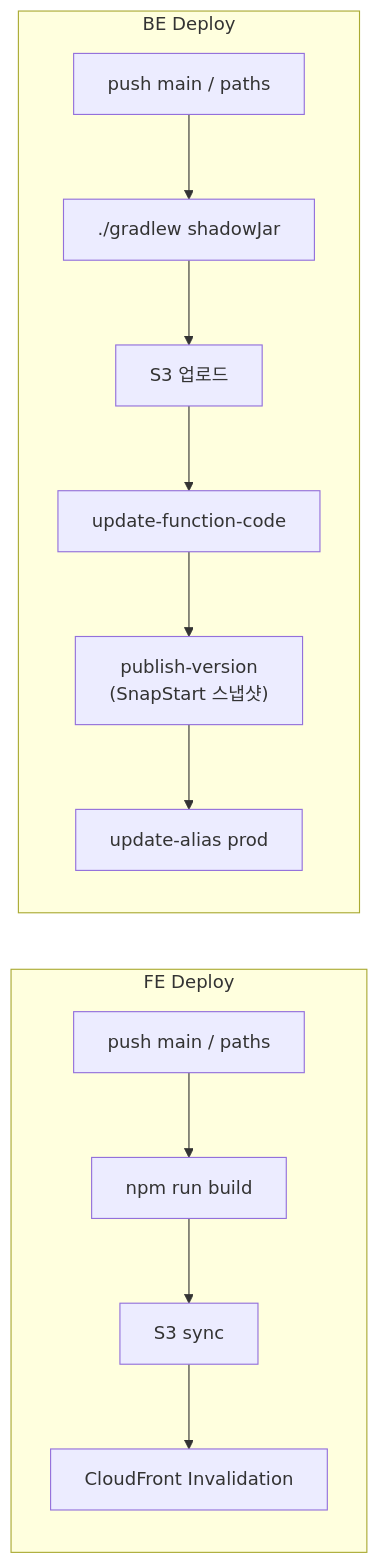
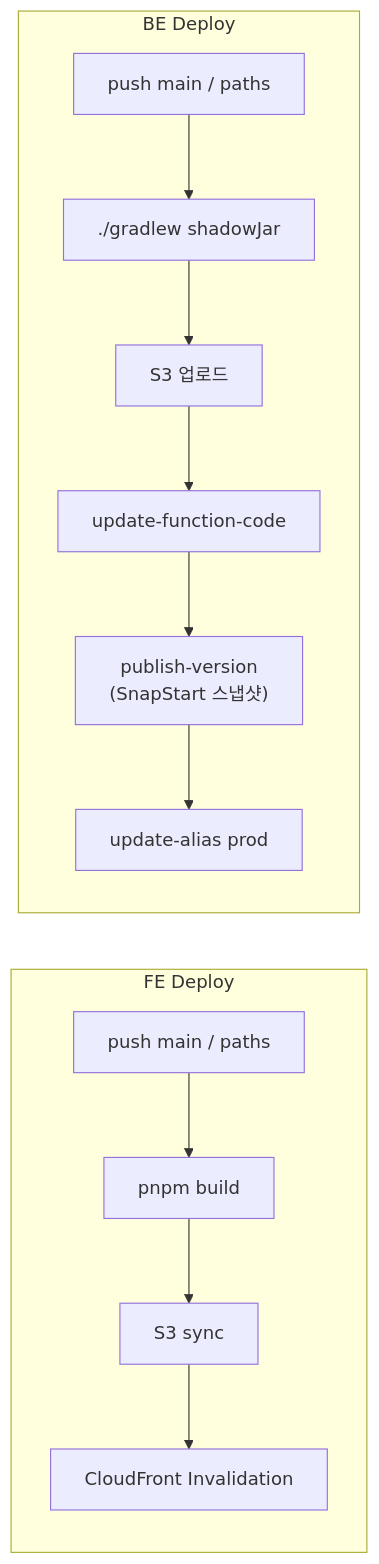
Before and after one commit to BAECHAN/link-sphere_FE_NEW: the second of 4 diagrams in docs/SYSTEM-ARCHITECTURE.md, drawn with Mermaid. The commit also changed other lines of this file and 22 other files, not shown here.

````diff
--- a/docs/SYSTEM-ARCHITECTURE.md
+++ b/docs/SYSTEM-ARCHITECTURE.md
@@ -86,19 +86,19 @@
 ```mermaid
 flowchart LR
   subgraph fe_deploy [FE Deploy]
     FE_Trigger["push main / paths"]
-    FE_Build["npm run build"]
+    FE_Build["pnpm build"]
     FE_S3["S3 sync"]
     FE_CF["CloudFront Invalidation"]
     FE_Trigger --> FE_Build --> FE_S3 --> FE_CF
   end
   subgraph be_deploy [BE Deploy]
     BE_Trigger["push main / paths"]
     BE_Jar["./gradlew shadowJar"]
     BE_S3["S3 업로드"]
     BE_Code["update-function-code"]
     BE_Ver["publish-version<br/>(SnapStart 스냅샷)"]
     BE_Alias["update-alias prod"]
     BE_Trigger --> BE_Jar --> BE_S3 --> BE_Code --> BE_Ver --> BE_Alias
   end
 ```
````
